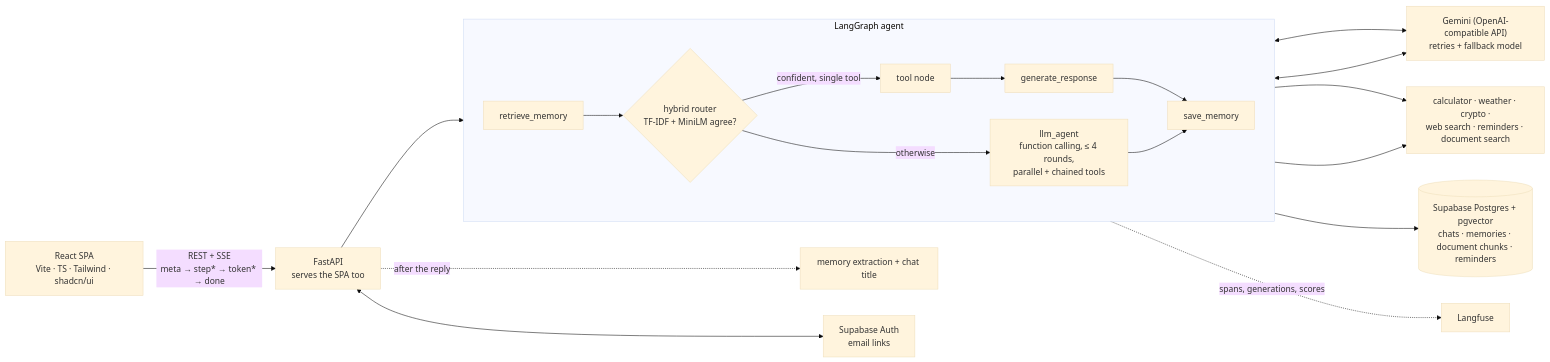
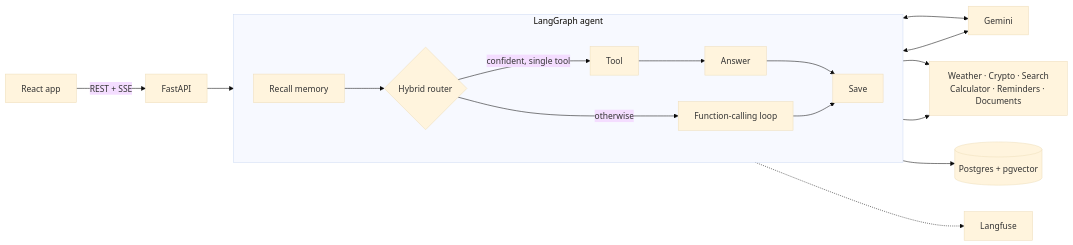
One commit to vid6848/ContextAI changed the diagram in README.md. Above: the diagram before and after it, drawn with Mermaid (base theme). The commit also changed other lines of this file and 4 other files, not shown here.

````diff
--- a/README.md
+++ b/README.md
@@ -33,21 +39,19 @@
 ```mermaid
 flowchart LR
-    UI["React SPA<br/>Vite · TS · Tailwind · shadcn/ui"] -- "REST + SSE<br/>meta → step* → token* → done" --> API["FastAPI<br/>serves the SPA too"]
+    UI["React app"] -- "REST + SSE" --> API["FastAPI"]
     API --> Agent
 
     subgraph Agent["LangGraph agent"]
         direction LR
-        M["retrieve_memory"] --> R{"hybrid router<br/>TF-IDF + MiniLM agree?"}
-        R -- "confident, single tool" --> T["tool node"] --> G["generate_response"]
-        R -- "otherwise" --> L["llm_agent<br/>function calling, ≤ 4 rounds,<br/>parallel + chained tools"]
-        G --> S["save_memory"]
+        M["Recall memory"] --> R{"Hybrid router"}
+        R -- "confident, single tool" --> T["Tool"] --> G["Answer"]
+        R -- "otherwise" --> L["Function-calling loop"]
+        G --> S["Save"]
         L --> S
     end
 
-    L & G <--> LLM["Gemini (OpenAI-compatible API)<br/>retries + fallback model"]
-    T & L --> Tools["calculator · weather · crypto ·<br/>web search · reminders · document search"]
-    Agent --> DB[("Supabase Postgres + pgvector<br/>chats · memories · document chunks · reminders")]
-    API -. "after the reply" .-> X["memory extraction + chat title"]
-    Agent -. "spans, generations, scores" .-> LF["Langfuse"]
-    API <--> Auth["Supabase Auth<br/>email links"]
+    L & G <--> LLM["Gemini"]
+    T & L --> Tools["Weather · Crypto · Search<br/>Calculator · Reminders · Documents"]
+    Agent --> DB[("Postgres + pgvector")]
+    Agent -.-> LF["Langfuse"]
 ```
````
